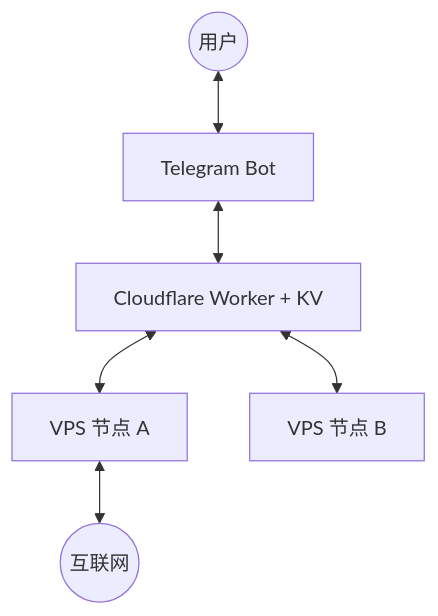
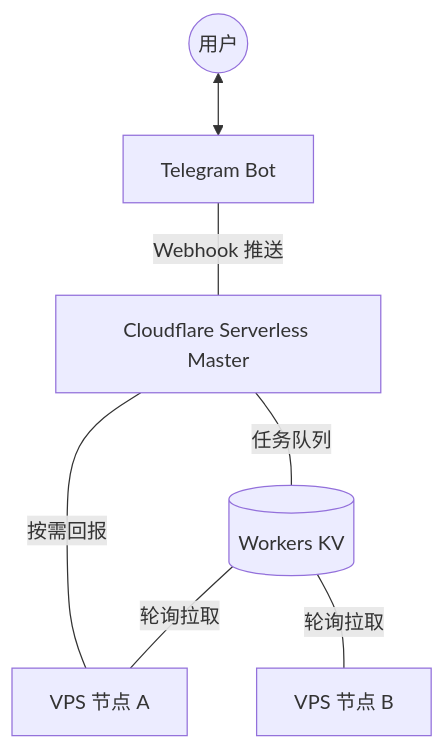
The diagram in TECHNICAL_WORKFLOW.md (ecolid/autovpn), drawn with Mermaid before and after one commit. The commit also changed other lines of this file and 2 other files, not shown here.

Commit message:
feat: Full Serverless Webhook Master v1.2.0 (On-demand Sync, IP-Independent)

````diff
--- a/TECHNICAL_WORKFLOW.md
+++ b/TECHNICAL_WORKFLOW.md
@@ -11,8 +11,9 @@
 ```mermaid
 graph TD
     User((用户)) <--> TG[Telegram Bot]
-    TG <--> CFW[Cloudflare Worker + KV]
-    CFW <--> VPS1[VPS 节点 A]
-    CFW <--> VPS2[VPS 节点 B]
-    VPS1 <--> Internet((互联网))
+    TG -- Webhook 推送 --- CFW[Cloudflare Serverless Master]
+    CFW -- 任务队列 --- KV[(Workers KV)]
+    KV -- 轮询拉取 --- VPS1[VPS 节点 A]
+    KV -- 轮询拉取 --- VPS2[VPS 节点 B]
+    VPS1 -- 按需回报 --- CFW
 ```
````
